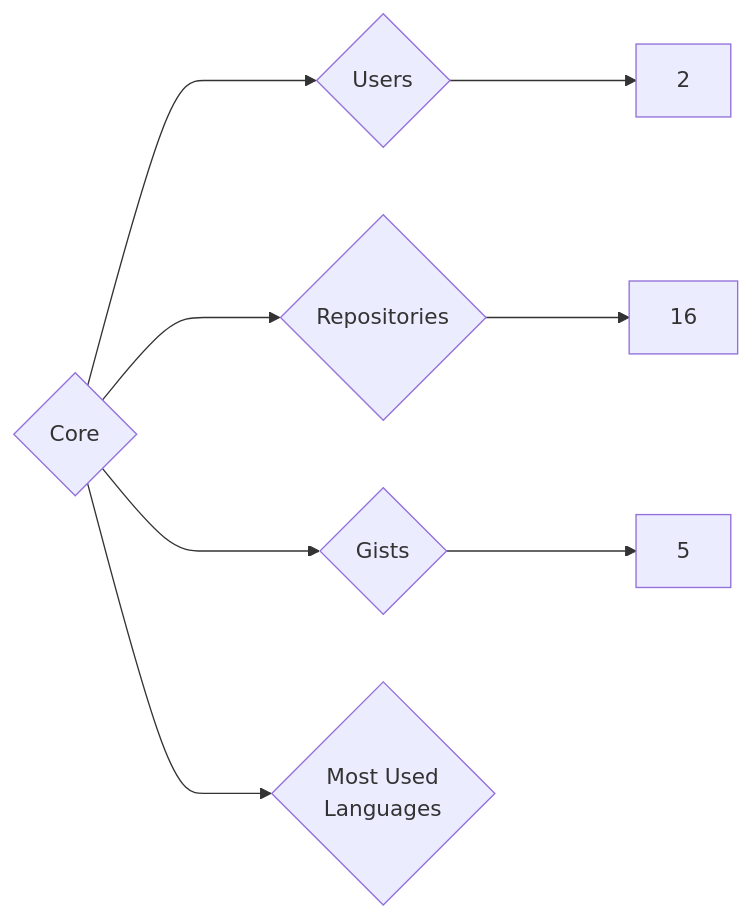
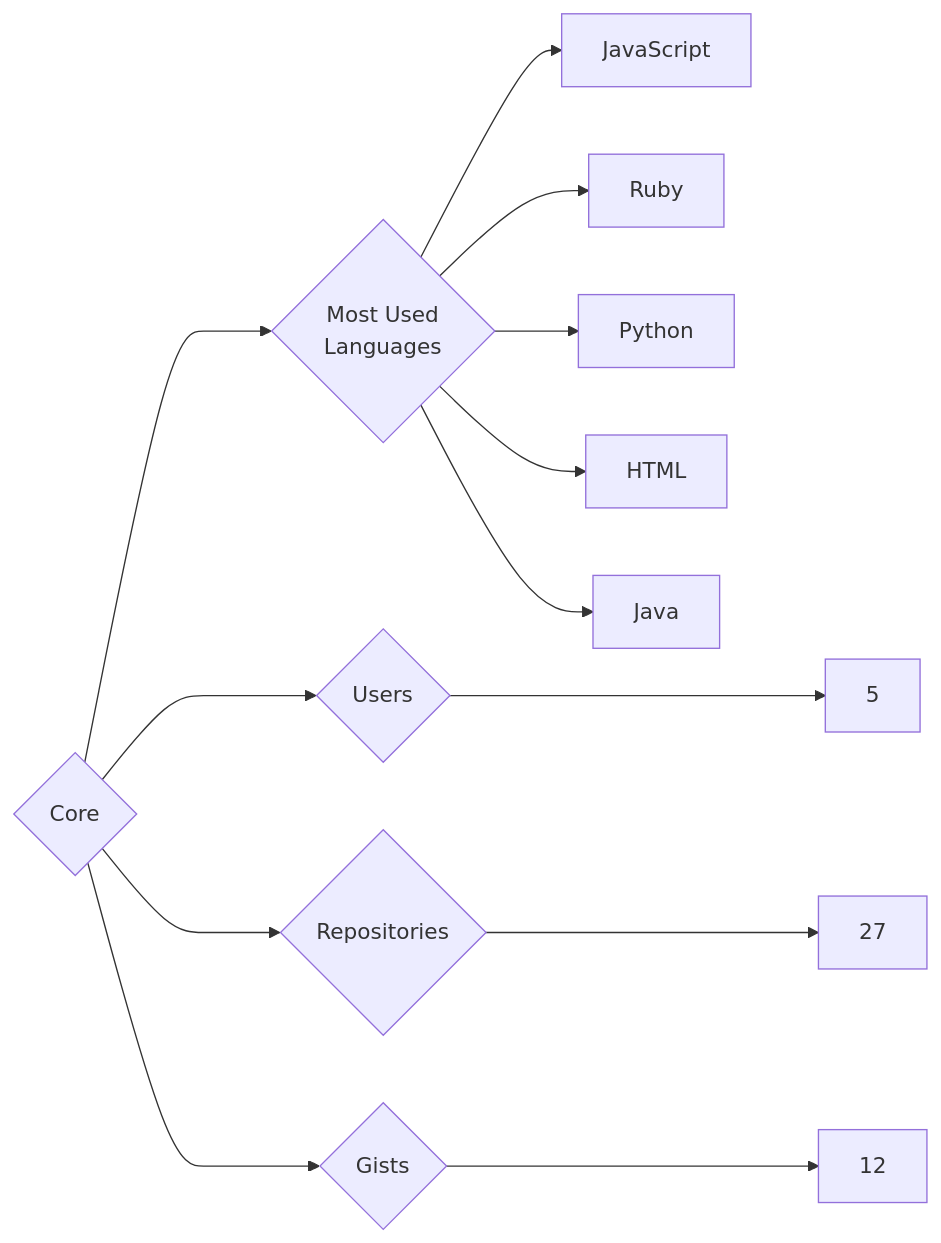
Before and after one commit to trickest/insiders: the diagram in targets/Core/README.md, drawn with Mermaid. The commit also changed 859 other files, not shown here.

````diff
--- a/targets/Core/README.md
+++ b/targets/Core/README.md
@@ -3,8 +3,13 @@
 ```mermaid
 graph LR
 COMPANY_NAME{Core}
-COMPANY_NAME ---> U{Users} ---> UN[2]
-COMPANY_NAME ---> R{Repositories} ---> RN[16]
-COMPANY_NAME ---> G{Gists} ---> GN[5]
+COMPANY_NAME ---> U{Users} ---> UN[5]
+COMPANY_NAME ---> R{Repositories} ---> RN[27]
+COMPANY_NAME ---> G{Gists} ---> GN[12]
 COMPANY_NAME ---> ML{Most Used<br>Languages}
+ML --> JavaScript[JavaScript]
+ML --> Ruby[Ruby]
+ML --> Python[Python]
+ML --> HTML[HTML]
+ML --> Java[Java]
 ```
````
